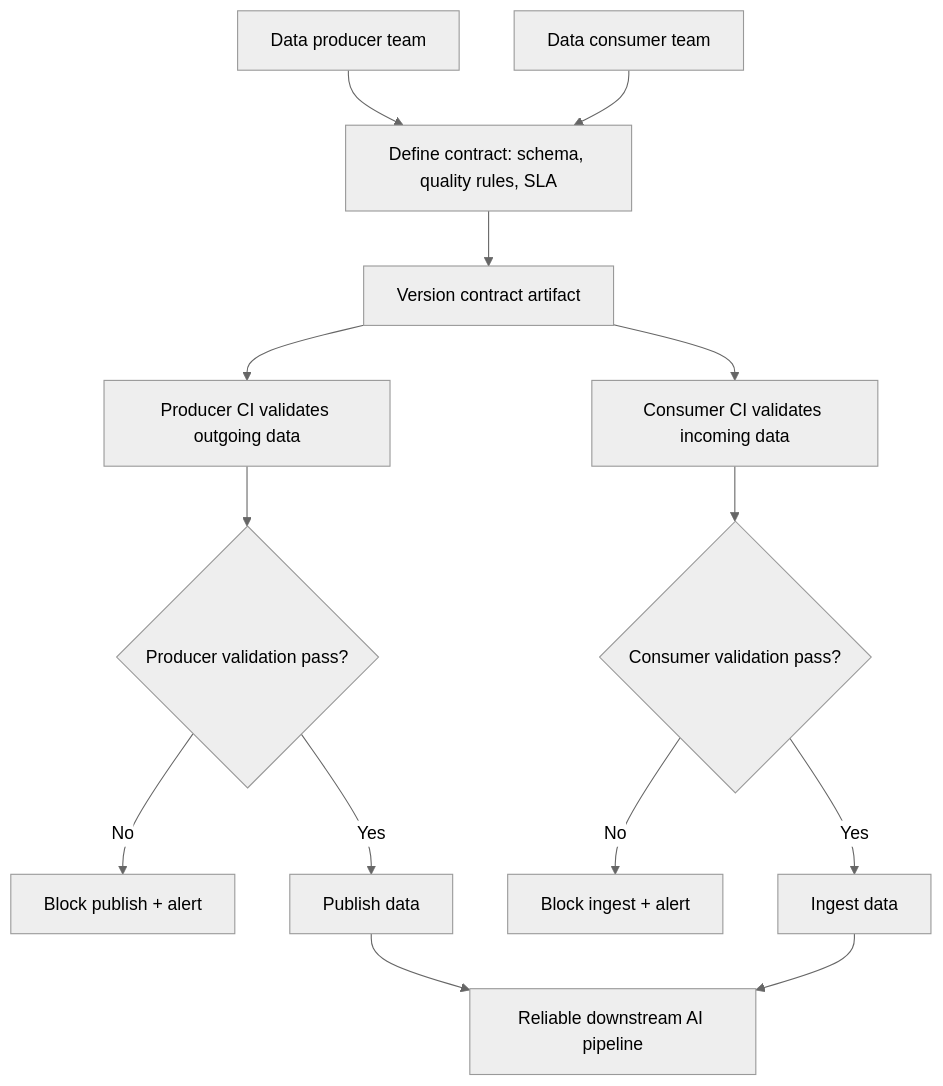
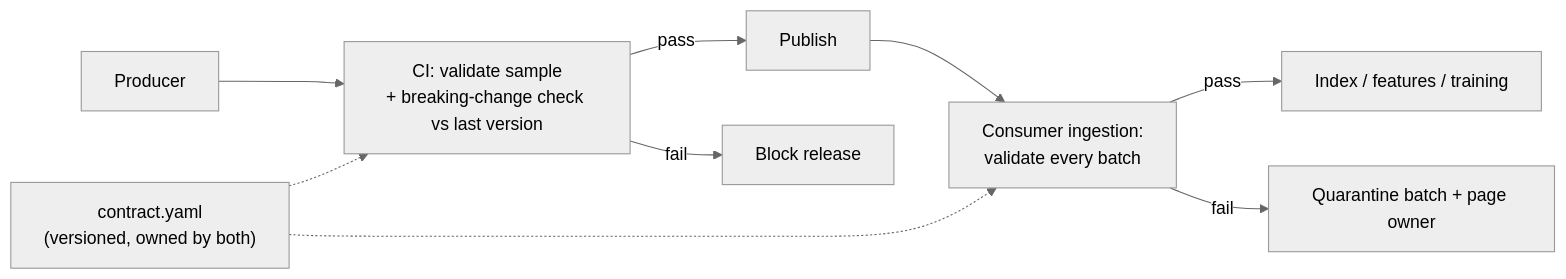
The diagram in content/patterns/data-patterns/data-contract.md (PrajwalAmte/AI-Engineering-Patterns), drawn with Mermaid (neutral theme) before and after one commit. The commit also changed other lines of this file and 190 other files, not shown here.

```diff
--- a/content/patterns/data-patterns/data-contract.md
+++ b/content/patterns/data-patterns/data-contract.md
@@ -34,16 +37,10 @@
 <pre class="mermaid">
-flowchart TD
-    A["Data producer team"] --> C["Define contract: schema, quality rules, SLA"]
-    B["Data consumer team"] --> C
-    C --> D["Version contract artifact"]
-    D --> E["Producer CI validates outgoing data"]
-    D --> F["Consumer CI validates incoming data"]
-    E --> G{"Producer validation pass?"}
-    F --> H{"Consumer validation pass?"}
-    G -->|"No"| I["Block publish + alert"]
-    H -->|"No"| J["Block ingest + alert"]
-    G -->|"Yes"| K["Publish data"]
-    H -->|"Yes"| L["Ingest data"]
-    K --> M["Reliable downstream AI pipeline"]
-    L --> M
+flowchart LR
+    P["Producer"] --> PC["CI: validate sample<br/>+ breaking-change check vs last version"]
+    PC -->|"pass"| PUB["Publish"]
+    PC -->|"fail"| X1["Block release"]
+    PUB --> CI["Consumer ingestion:<br/>validate every batch"]
+    CI -->|"pass"| D["Index / features / training"]
+    CI -->|"fail"| X2["Quarantine batch + page owner"]
+    K["contract.yaml<br/>(versioned, owned by both)"] -.-> PC & CI
 </pre>
```
